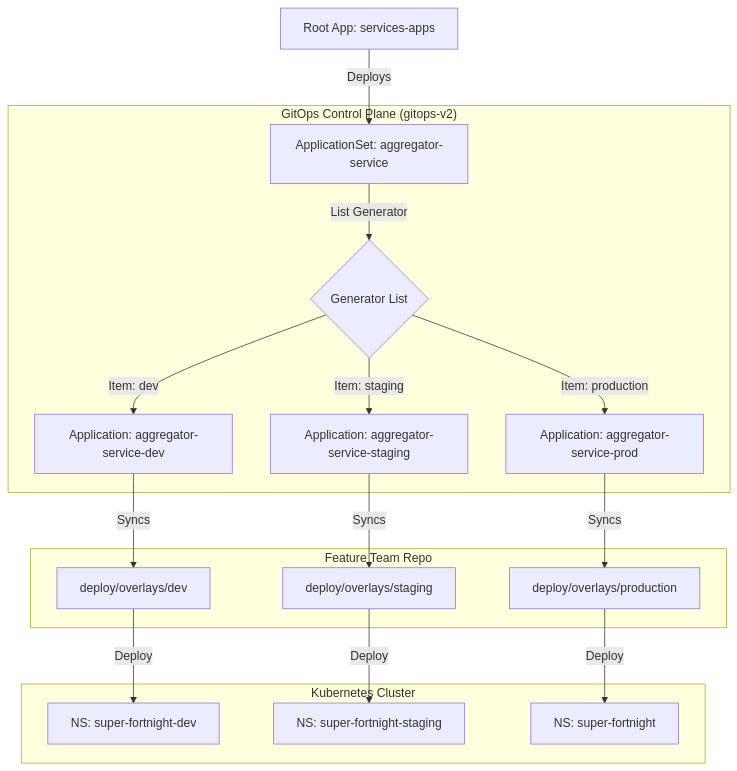
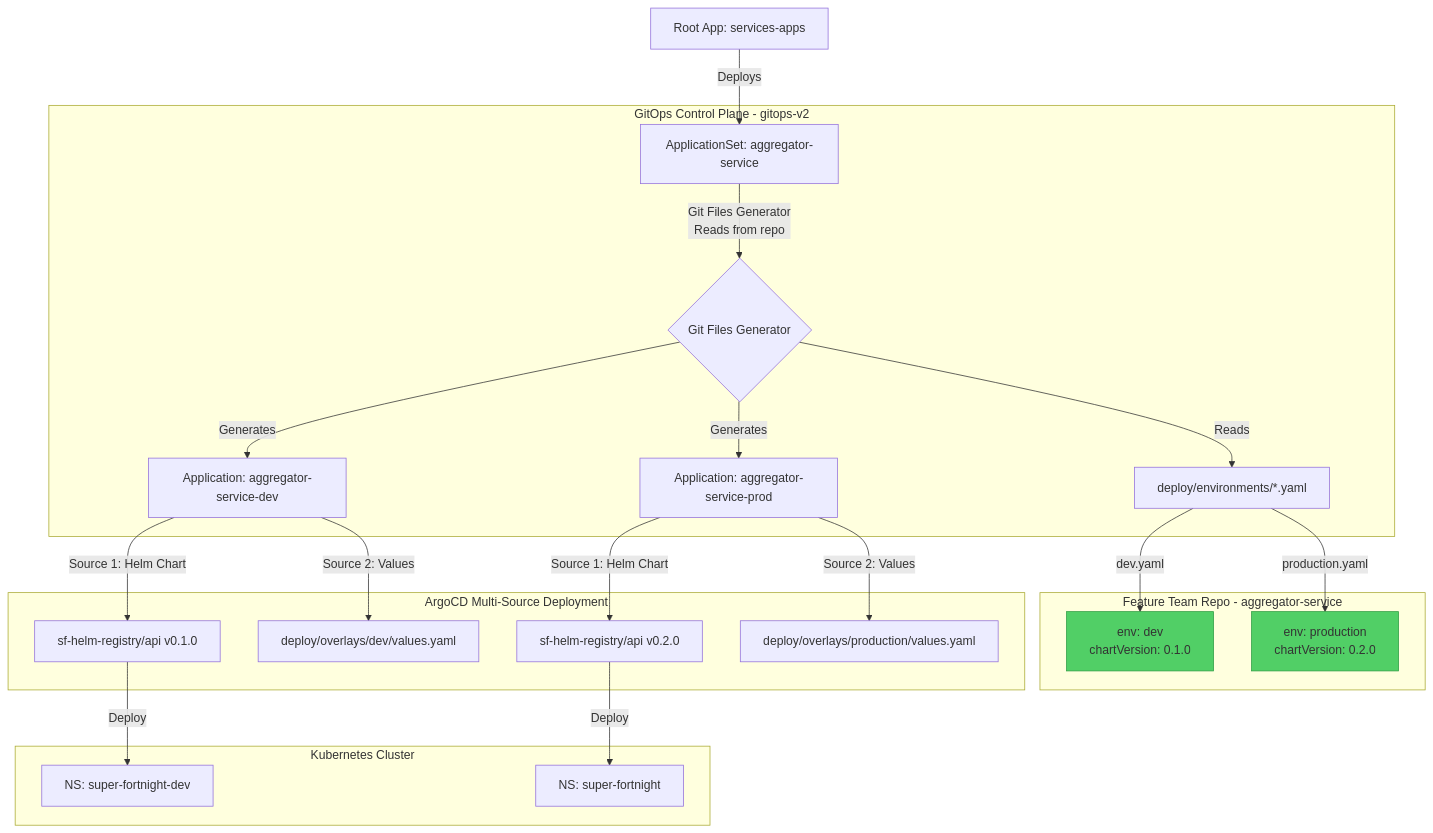
One commit to ashutosh-18k92/gitops-v3 changed the diagram in docs/architecture/applicationset-pattern.md. Above: the diagram before and after it, drawn with Mermaid. The commit also changed other lines of this file and 2 other files, not shown here.

Commit message:
docs: Revise the Helm + Kustomize hybrid guide to adopt the ArgoCD Multi-Source pattern, addressing Kustomize `helmCharts` incompatibility with Helm 4.x.

````diff
--- a/docs/architecture/applicationset-pattern.md
+++ b/docs/architecture/applicationset-pattern.md
@@ -32,27 +58,37 @@
 ```mermaid
 graph TD
     %% Root
     Root[Root App: services-apps] -->|Deploys| AppSet[ApplicationSet: aggregator-service]
 
     %% ApplicationSet Logic
-    subgraph "GitOps Control Plane (gitops-v2)"
-    AppSet -->|List Generator| GenList{Generator List}
-    GenList -->|Item: dev| AppDev[Application: aggregator-service-dev]
-    GenList -->|Item: staging| AppStage[Application: aggregator-service-staging]
-    GenList -->|Item: production| AppProd[Application: aggregator-service-prod]
+    subgraph "GitOps Control Plane - gitops-v2"
+    AppSet -->|Git Files Generator<br/>Reads from repo| GenGit{Git Files Generator}
+    GenGit -->|Reads| EnvConfigs[deploy/environments/*.yaml]
+    GenGit -->|Generates| AppDev[Application: aggregator-service-dev]
+    GenGit -->|Generates| AppProd[Application: aggregator-service-prod]
     end
 
-    %% Deployment Layer
-    subgraph "Feature Team Repo"
-    AppDev -->|Syncs| OverlayDev[deploy/overlays/dev]
-    AppStage -->|Syncs| OverlayStage[deploy/overlays/staging]
-    AppProd -->|Syncs| OverlayProd[deploy/overlays/production]
+    %% Feature Team Control
+    subgraph "Feature Team Repo - aggregator-service"
+    EnvConfigs -->|dev.yaml| ConfigDev[env: dev<br/>chartVersion: 0.1.0]
+    EnvConfigs -->|production.yaml| ConfigProd[env: production<br/>chartVersion: 0.2.0]
+    end
+
+    %% Multi-Source Pattern
+    subgraph "ArgoCD Multi-Source Deployment"
+    AppDev -->|Source 1: Helm Chart| HelmDev[sf-helm-registry/api v0.1.0]
+    AppDev -->|Source 2: Values| ValuesDev[deploy/overlays/dev/values.yaml]
+
+    AppProd -->|Source 1: Helm Chart| HelmProd[sf-helm-registry/api v0.2.0]
+    AppProd -->|Source 2: Values| ValuesProd[deploy/overlays/production/values.yaml]
     end
 
     %% Cluster Layer
     subgraph "Kubernetes Cluster"
-    OverlayDev -->|Deploy| NS-Dev[NS: super-fortnight-dev]
-    OverlayStage -->|Deploy| NS-Stage[NS: super-fortnight-staging]
-    OverlayProd -->|Deploy| NS-Prod[NS: super-fortnight]
+    HelmDev -->|Deploy| NS-Dev[NS: super-fortnight-dev]
+    HelmProd -->|Deploy| NS-Prod[NS: super-fortnight]
     end
+
+    style ConfigDev fill:#51cf66,stroke:#2f9e44
+    style ConfigProd fill:#51cf66,stroke:#2f9e44
 ```
````
